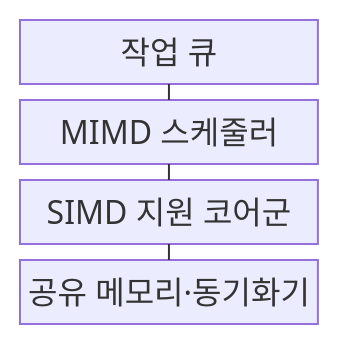
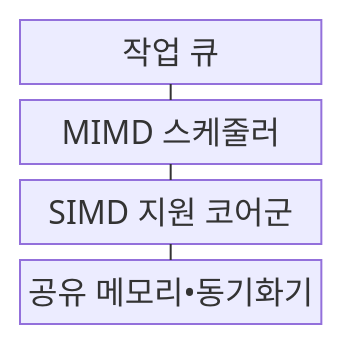
The first of 2 diagrams in src/content/docs/notes/02-hardware/053_simd_mimd.md (agnusdei1207/knowledge-base), drawn with Mermaid before and after one commit. The commit also changed other lines of this file and 953 other files, not shown here.

````diff
--- a/src/content/docs/notes/02-hardware/053_simd_mimd.md
+++ b/src/content/docs/notes/02-hardware/053_simd_mimd.md
@@ -68,11 +68,11 @@
 ```mermaid
 block
     columns 1
     Q["작업 큐"]
     S["MIMD 스케줄러"]
     L["SIMD 지원 코어군"]
-    B["공유 메모리·동기화기"]
+    B["공유 메모리•동기화기"]
     Q --- S
     S --- L
     L --- B
 ```
````
